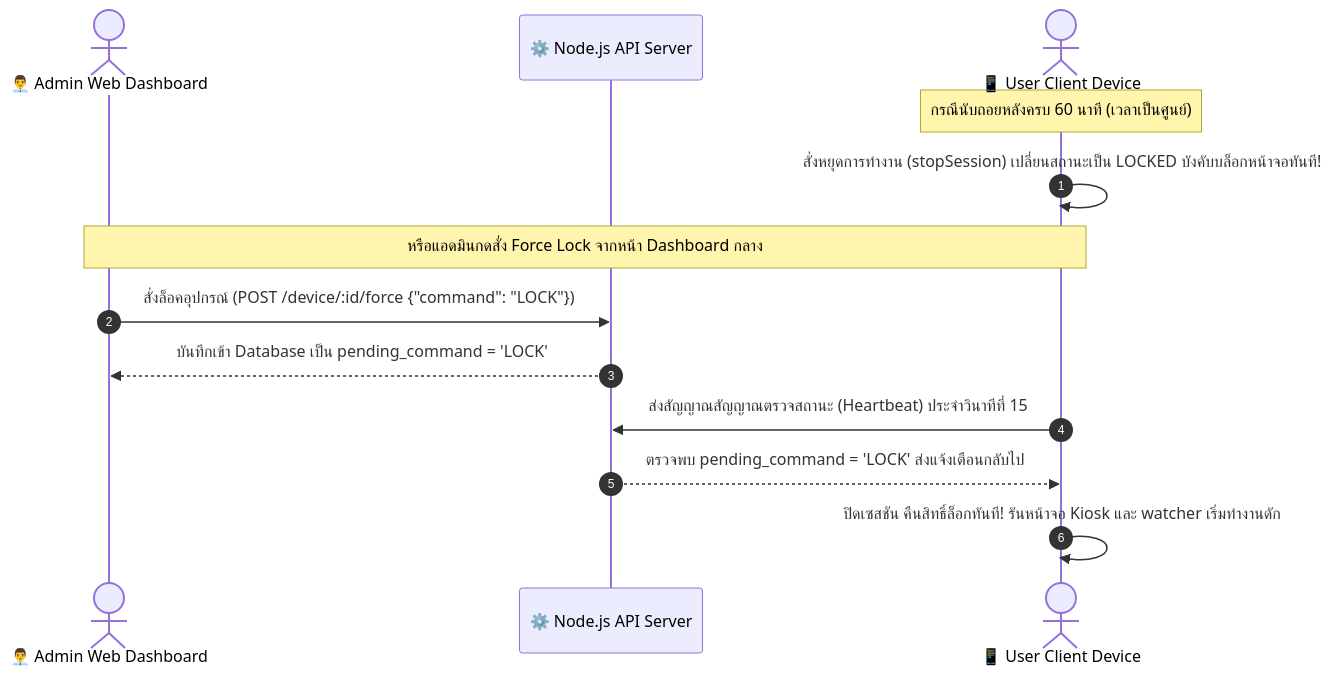
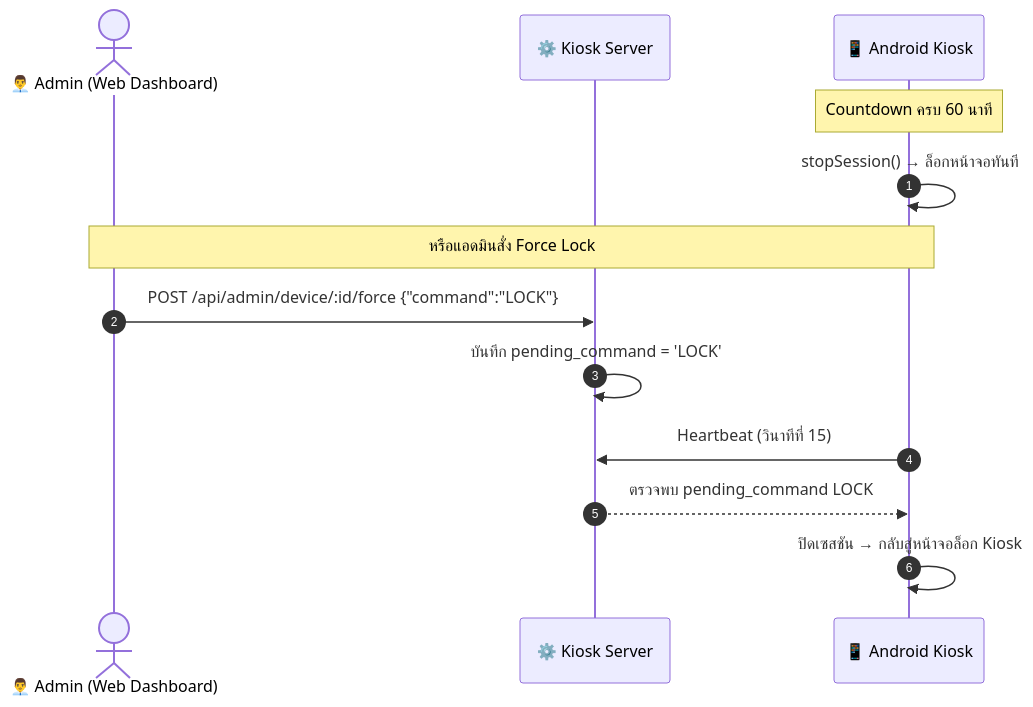
Before and after one commit to Entity014/Tennis_App: the fourth of 4 diagrams in README.md, drawn with Mermaid. The commit also changed other lines of this file and 9 other files, not shown here.

Commit message:
feat: initialize new booking-server with UI assets, database connectivity, and environment configuration

````diff
--- a/README.md
+++ b/README.md
@@ -196,18 +399,17 @@
 ```mermaid
 sequenceDiagram
     autonumber
-    actor Admin as 👨‍💼 Admin Web Dashboard
-    participant Server as ⚙️ Node.js API Server
-    actor User as 📱 User Client Device
+    actor Admin as 👨‍💼 Admin (Web Dashboard)
+    participant Server as ⚙️ Kiosk Server
+    participant Device as 📱 Android Kiosk
 
-    Note over User: กรณีนับถอยหลังครบ 60 นาที (เวลาเป็นศูนย์)
-    User->>User: สั่งหยุดการทำงาน (stopSession) เปลี่ยนสถานะเป็น LOCKED บังคับบล็อกหน้าจอทันที!
+    Note over Device: Countdown ครบ 60 นาที
+    Device->>Device: stopSession() → ล็อกหน้าจอทันที
 
-    %% Alternative Case
-    Note over Admin, User: หรือแอดมินกดสั่ง Force Lock จากหน้า Dashboard กลาง
-    Admin->>Server: สั่งล็อคอุปกรณ์ (POST /device/:id/force {"command": "LOCK"})
-    Server-->>Admin: บันทึกเข้า Database เป็น pending_command = 'LOCK'
-    User->>Server: ส่งสัญญาณสัญญาณตรวจสถานะ (Heartbeat) ประจำวินาทีที่ 15
-    Server-->>User: ตรวจพบ pending_command = 'LOCK' ส่งแจ้งเตือนกลับไป
-    User->>User: ปิดเซสชัน คืนสิทธิ์ล็อกทันที! รันหน้าจอ Kiosk และ watcher เริ่มทำงานดัก
+    Note over Admin,Device: หรือแอดมินสั่ง Force Lock
+    Admin->>Server: POST /api/admin/device/:id/force {"command":"LOCK"}
+    Server->>Server: บันทึก pending_command = 'LOCK'
+    Device->>Server: Heartbeat (วินาทีที่ 15)
+    Server-->>Device: ตรวจพบ pending_command LOCK
+    Device->>Device: ปิดเซสชัน → กลับสู่หน้าจอล็อก Kiosk
 ```
````
